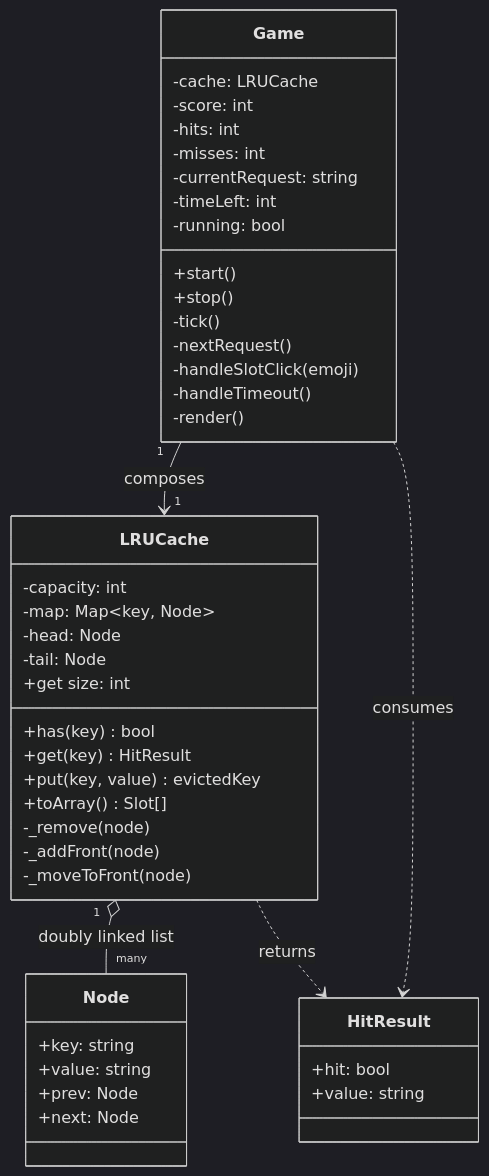
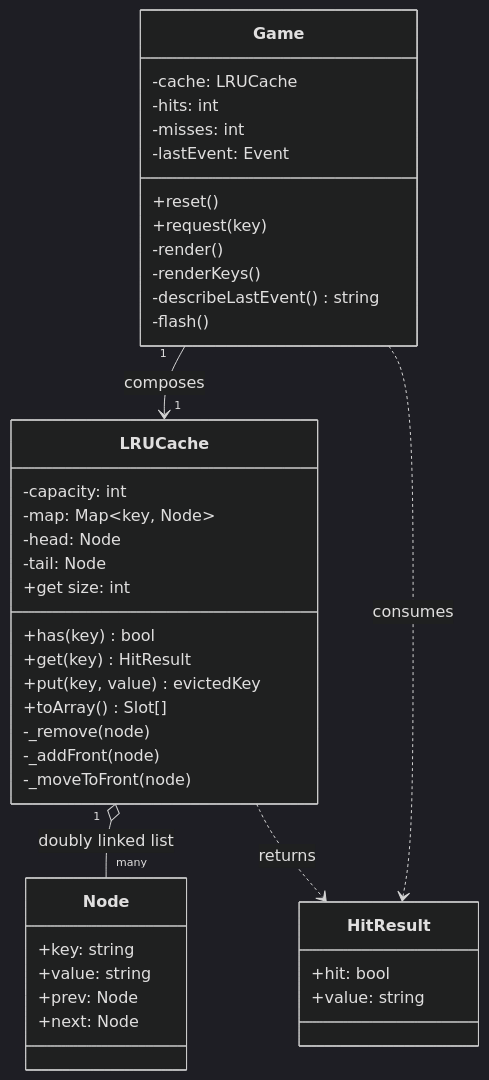
Before and after one commit to marcus912/blackcat-courses: the second of 2 diagrams in weeks/week02/homework/a-linked-list-game/README.md, drawn with Mermaid (dark theme). The commit also changed other lines of this file and 5 other files, not shown here.

````diff
--- a/weeks/week02/homework/a-linked-list-game/README.md
+++ b/weeks/week02/homework/a-linked-list-game/README.md
@@ -66,51 +66,47 @@
 ```mermaid
 classDiagram
     class Node {
       +key: string
       +value: string
       +prev: Node
       +next: Node
     }
 
     class LRUCache {
       -capacity: int
       -map: Map~key, Node~
       -head: Node
       -tail: Node
       +get size: int
       +has(key) bool
       +get(key) HitResult
       +put(key, value) evictedKey
       +toArray() Slot[]
       -_remove(node)
       -_addFront(node)
       -_moveToFront(node)
     }
 
     class Game {
       -cache: LRUCache
-      -score: int
       -hits: int
       -misses: int
-      -currentRequest: string
-      -timeLeft: int
-      -running: bool
-      +start()
-      +stop()
-      -tick()
-      -nextRequest()
-      -handleSlotClick(emoji)
-      -handleTimeout()
+      -lastEvent: Event
+      +reset()
+      +request(key)
       -render()
+      -renderKeys()
+      -describeLastEvent() string
+      -flash()
     }
 
     class HitResult {
       +hit: bool
       +value: string
     }
 
     LRUCache "1" o-- "many" Node : doubly linked list
     LRUCache ..> HitResult : returns
     Game "1" --> "1" LRUCache : composes
     Game ..> HitResult : consumes
 ```
````
